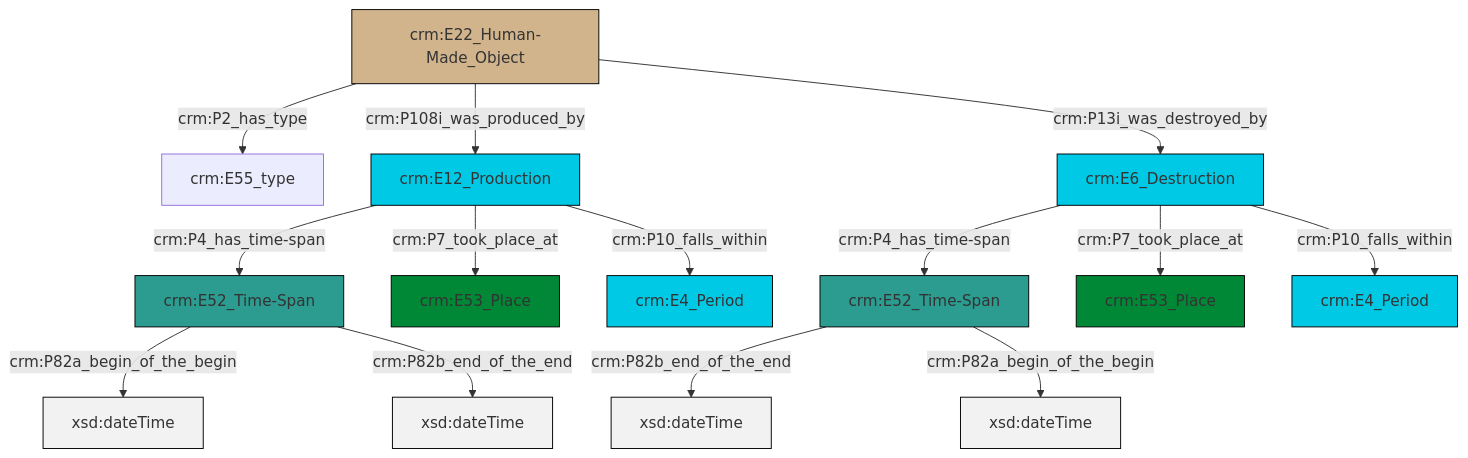
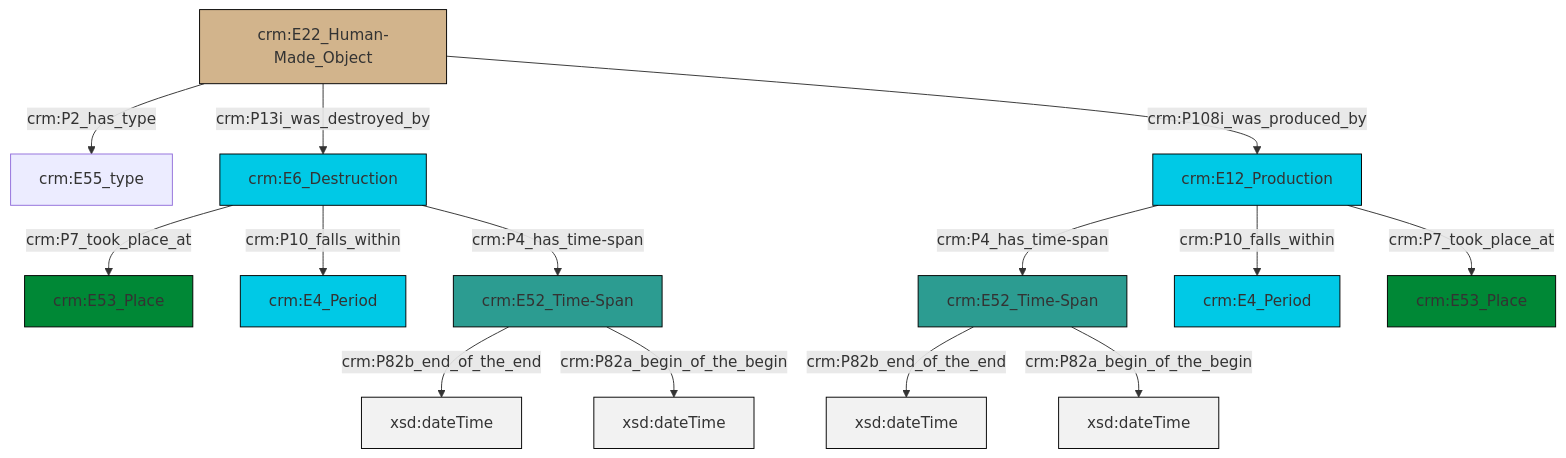
Before and after one commit to swiss-art-research-net/reference-data-models: the diagram in et/builtWorkCSV/ttl/mmd/Built_Work_existence.ttl.mmd, drawn with Mermaid. The commit also changed 121 other files, not shown here.

```diff
--- a/et/builtWorkCSV/ttl/mmd/Built_Work_existence.ttl.mmd
+++ b/et/builtWorkCSV/ttl/mmd/Built_Work_existence.ttl.mmd
@@ -1,28 +1,28 @@
 graph TD
 classDef Literal fill:#f2f2f2,stroke:#000000;
 classDef CRM_Entity fill:#FFFFFF,stroke:#000000;
 classDef Temporal_Entity fill:#00C9E6, stroke:#000000;
 classDef Type fill:#E18312, stroke:#000000;
 classDef Time-Span fill:#2C9C91, stroke:#000000;
 classDef Appellation fill:#FFEB7F, stroke:#000000;
 classDef Place fill:#008836, stroke:#000000;
 classDef Persistent_Item fill:#B266B2, stroke:#000000;
 classDef Conceptual_Object fill:#FFD700, stroke:#000000;
 classDef Physical_Thing fill:#D2B48C, stroke:#000000;
 classDef Actor fill:#f58aad, stroke:#000000;
 classDef PC_Classes fill:#4ce600, stroke:#000000;
 classDef Multi fill:#cccccc,stroke:#000000;
 
-0["crm:E22_Human-Made_Object"]:::Physical_Thing -->|crm:P2_has_type| 1["crm:E55_type"]:::Default
-2["crm:E12_Production"]:::Temporal_Entity -->|crm:P4_has_time-span| 3["crm:E52_Time-Span"]:::Time-Span
-0["crm:E22_Human-Made_Object"]:::Physical_Thing -->|crm:P108i_was_produced_by| 2["crm:E12_Production"]:::Temporal_Entity
-2["crm:E12_Production"]:::Temporal_Entity -->|crm:P7_took_place_at| 4["crm:E53_Place"]:::Place
-6["crm:E6_Destruction"]:::Temporal_Entity -->|crm:P4_has_time-span| 7["crm:E52_Time-Span"]:::Time-Span
-0["crm:E22_Human-Made_Object"]:::Physical_Thing -->|crm:P13i_was_destroyed_by| 6["crm:E6_Destruction"]:::Temporal_Entity
-6["crm:E6_Destruction"]:::Temporal_Entity -->|crm:P7_took_place_at| 8["crm:E53_Place"]:::Place
-6["crm:E6_Destruction"]:::Temporal_Entity -->|crm:P10_falls_within| 9["crm:E4_Period"]:::Temporal_Entity
-7["crm:E52_Time-Span"]:::Time-Span -->|crm:P82b_end_of_the_end| 11[xsd:dateTime]:::Literal
-3["crm:E52_Time-Span"]:::Time-Span -->|crm:P82a_begin_of_the_begin| 14[xsd:dateTime]:::Literal
-7["crm:E52_Time-Span"]:::Time-Span -->|crm:P82a_begin_of_the_begin| 18[xsd:dateTime]:::Literal
-3["crm:E52_Time-Span"]:::Time-Span -->|crm:P82b_end_of_the_end| 23[xsd:dateTime]:::Literal
-2["crm:E12_Production"]:::Temporal_Entity -->|crm:P10_falls_within| 12["crm:E4_Period"]:::Temporal_Entity
+0["crm:E6_Destruction"]:::Temporal_Entity -->|crm:P7_took_place_at| 1["crm:E53_Place"]:::Place
+2["crm:E22_Human-Made_Object"]:::Physical_Thing -->|crm:P2_has_type| 3["crm:E55_type"]:::Default
+6["crm:E12_Production"]:::Temporal_Entity -->|crm:P4_has_time-span| 11["crm:E52_Time-Span"]:::Time-Span
+11["crm:E52_Time-Span"]:::Time-Span -->|crm:P82b_end_of_the_end| 12[xsd:dateTime]:::Literal
+6["crm:E12_Production"]:::Temporal_Entity -->|crm:P10_falls_within| 15["crm:E4_Period"]:::Temporal_Entity
+8["crm:E52_Time-Span"]:::Time-Span -->|crm:P82b_end_of_the_end| 18[xsd:dateTime]:::Literal
+8["crm:E52_Time-Span"]:::Time-Span -->|crm:P82a_begin_of_the_begin| 19[xsd:dateTime]:::Literal
+11["crm:E52_Time-Span"]:::Time-Span -->|crm:P82a_begin_of_the_begin| 23[xsd:dateTime]:::Literal
+0["crm:E6_Destruction"]:::Temporal_Entity -->|crm:P10_falls_within| 20["crm:E4_Period"]:::Temporal_Entity
+2["crm:E22_Human-Made_Object"]:::Physical_Thing -->|crm:P13i_was_destroyed_by| 0["crm:E6_Destruction"]:::Temporal_Entity
+0["crm:E6_Destruction"]:::Temporal_Entity -->|crm:P4_has_time-span| 8["crm:E52_Time-Span"]:::Time-Span
+2["crm:E22_Human-Made_Object"]:::Physical_Thing -->|crm:P108i_was_produced_by| 6["crm:E12_Production"]:::Temporal_Entity
+6["crm:E12_Production"]:::Temporal_Entity -->|crm:P7_took_place_at| 4["crm:E53_Place"]:::Place
```
